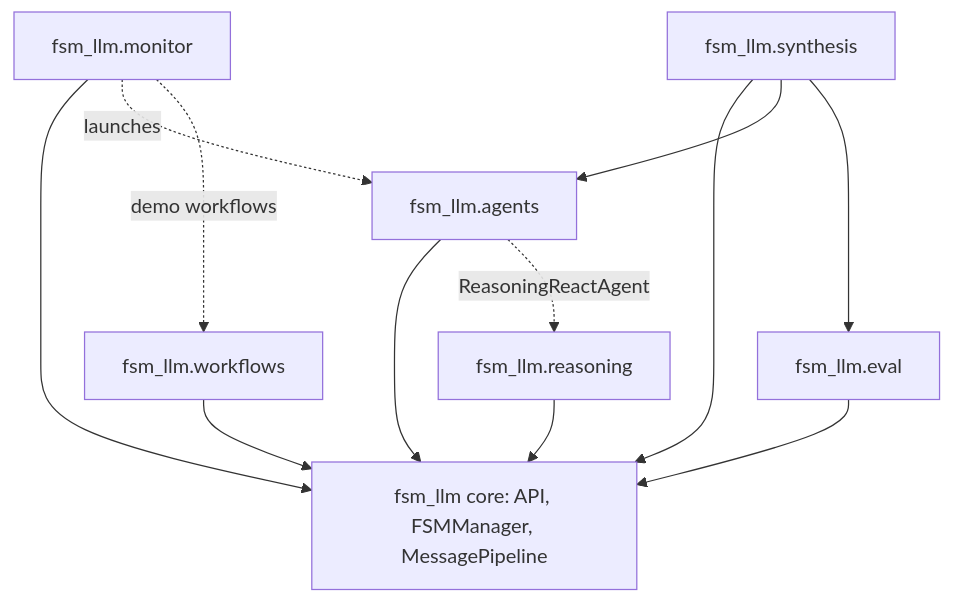
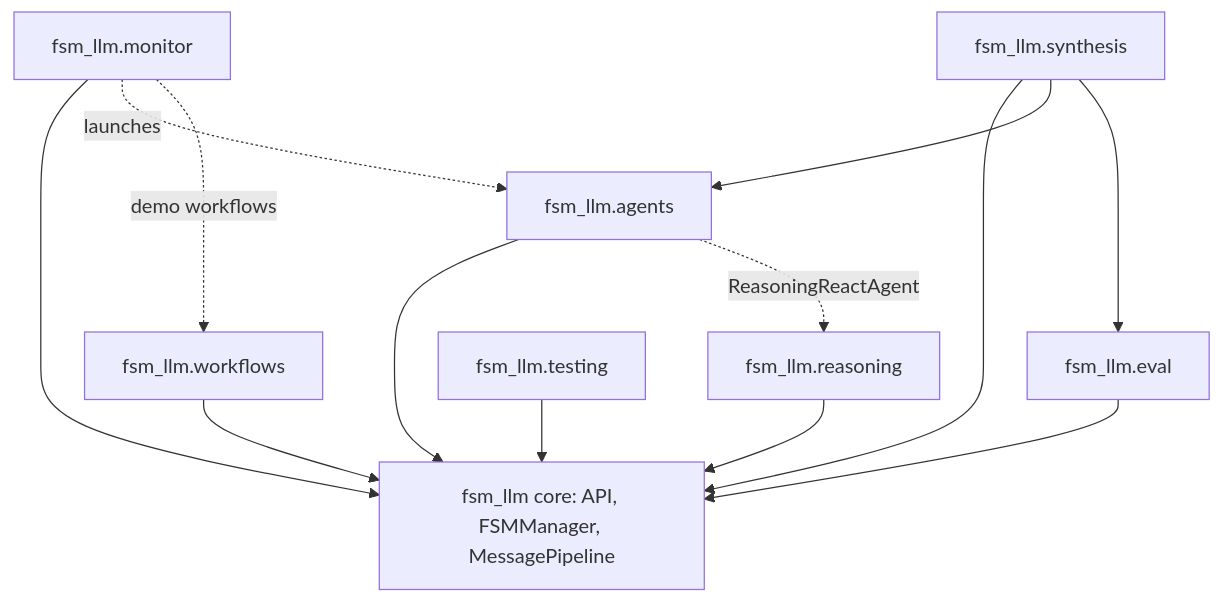
One commit to NikolasMarkou/fsm_llm changed the second of 2 diagrams in src/README.md. Above: the diagram before and after it, drawn with Mermaid. The commit also changed other lines of this file and 25 other files, not shown here.

First line of the commit message:
[plan-2026-11-12-d454fd62/iter-1/step-21] feat(testing): wire the fsm_llm.testing subpackage

````diff
--- a/src/README.md
+++ b/src/README.md
@@ -44,15 +44,16 @@
 ```mermaid
 flowchart TD
     core[fsm_llm core: API, FSMManager, MessagePipeline]
     reasoning[fsm_llm.reasoning] --> core
     workflows[fsm_llm.workflows] --> core
     agents[fsm_llm.agents] --> core
     agents -. ReasoningReactAgent .-> reasoning
     monitor[fsm_llm.monitor] --> core
     monitor -. launches .-> agents
     monitor -. demo workflows .-> workflows
     eval[fsm_llm.eval] --> core
     synthesis[fsm_llm.synthesis] --> core
     synthesis --> agents
     synthesis --> eval
+    testing[fsm_llm.testing] --> core
 ```
````
